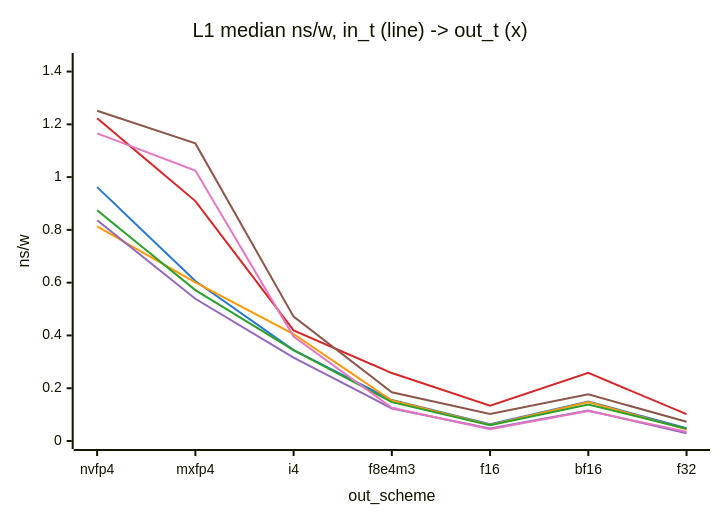
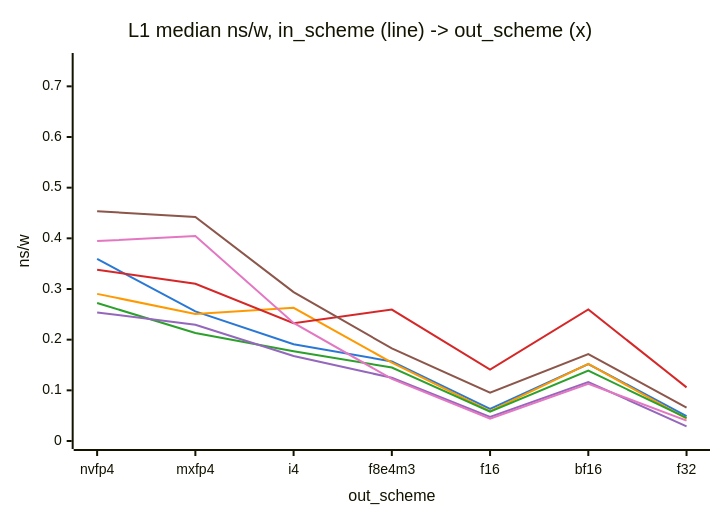
Before and after one commit to fior512/quant: the second of 2 diagrams in README.md, drawn with Mermaid. The commit also changed other lines of this file and 6 other files, not shown here.

````diff
--- a/README.md
+++ b/README.md
@@ -118,14 +125,14 @@
 ```mermaid
 %%{init: {"themeVariables": {"xyChart": {"plotColorPalette": "#2a78d6, #FF9900, #2ca02c, #d62728, #9467bd, #8c564b, #e377c2"}}}}%%
 xychart-beta
-    title "L1 median ns/w, in_t (line) -> out_t (x)"
+    title "L1 median ns/w, in_scheme (line) -> out_scheme (x)"
     x-axis "out_scheme" ["nvfp4", "mxfp4", "i4", "f8e4m3", "f16", "bf16", "f32"]
-    y-axis "ns/w" 0 --> 1.44
-    line [0.9621, 0.6061, 0.3446, 0.1553, 0.0633, 0.1497, 0.0486]
-    line [0.8133, 0.6009, 0.4055, 0.1532, 0.0608, 0.1479, 0.0440]
-    line [0.8743, 0.5719, 0.3444, 0.1472, 0.0595, 0.1386, 0.0464]
-    line [1.2232, 0.9091, 0.4189, 0.2575, 0.1338, 0.2582, 0.1016]
-    line [0.8364, 0.5389, 0.3163, 0.1234, 0.0479, 0.1158, 0.0294]
-    line [1.2516, 1.1277, 0.4713, 0.1844, 0.1022, 0.1767, 0.0728]
-    line [1.1659, 1.0249, 0.3958, 0.1262, 0.0445, 0.1140, 0.0349]
+    y-axis "ns/w" 0 --> 0.75
+    line [0.3594, 0.2558, 0.1909, 0.1570, 0.0632, 0.1519, 0.0493]
+    line [0.2904, 0.2509, 0.2628, 0.1548, 0.0590, 0.1522, 0.0441]
+    line [0.2723, 0.2131, 0.1772, 0.1450, 0.0581, 0.1389, 0.0455]
+    line [0.3378, 0.3104, 0.2326, 0.2593, 0.1409, 0.2595, 0.1059]
+    line [0.2538, 0.2293, 0.1678, 0.1248, 0.0475, 0.1164, 0.0289]
+    line [0.4536, 0.4420, 0.2939, 0.1827, 0.0953, 0.1716, 0.0660]
+    line [0.3945, 0.4044, 0.2330, 0.1226, 0.0442, 0.1129, 0.0402]
 ```
````
